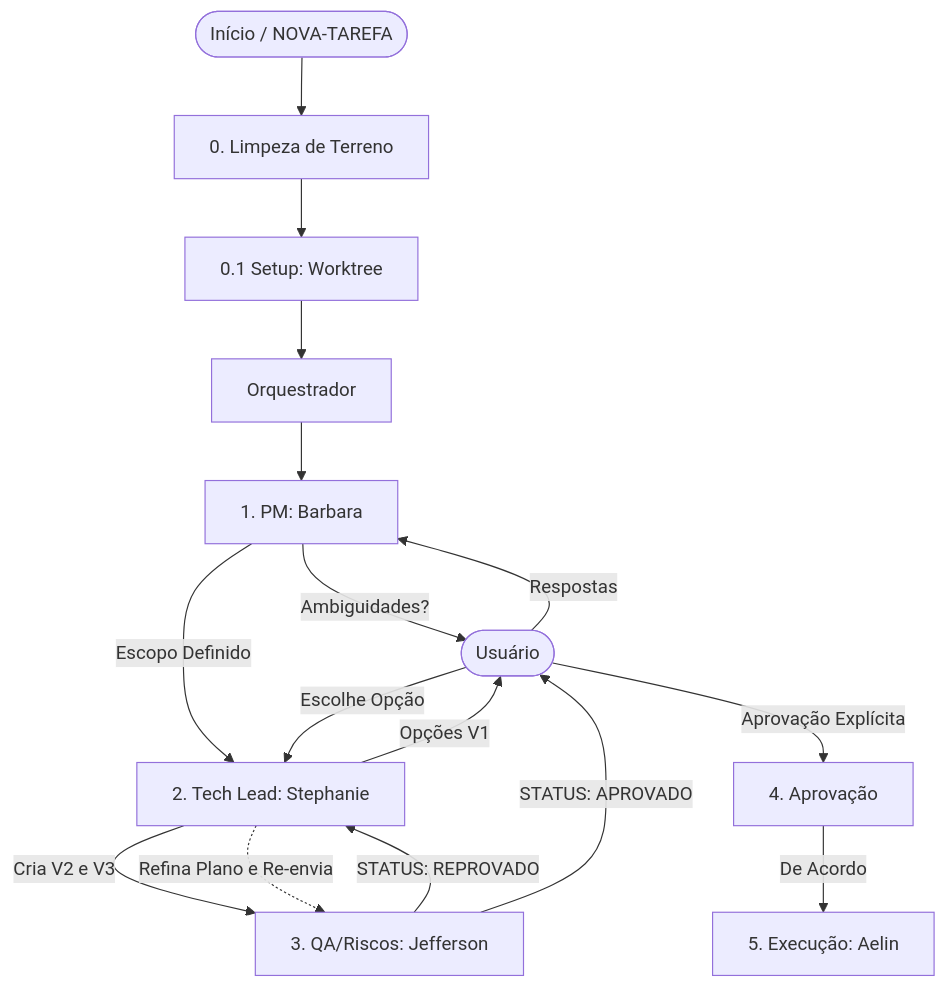
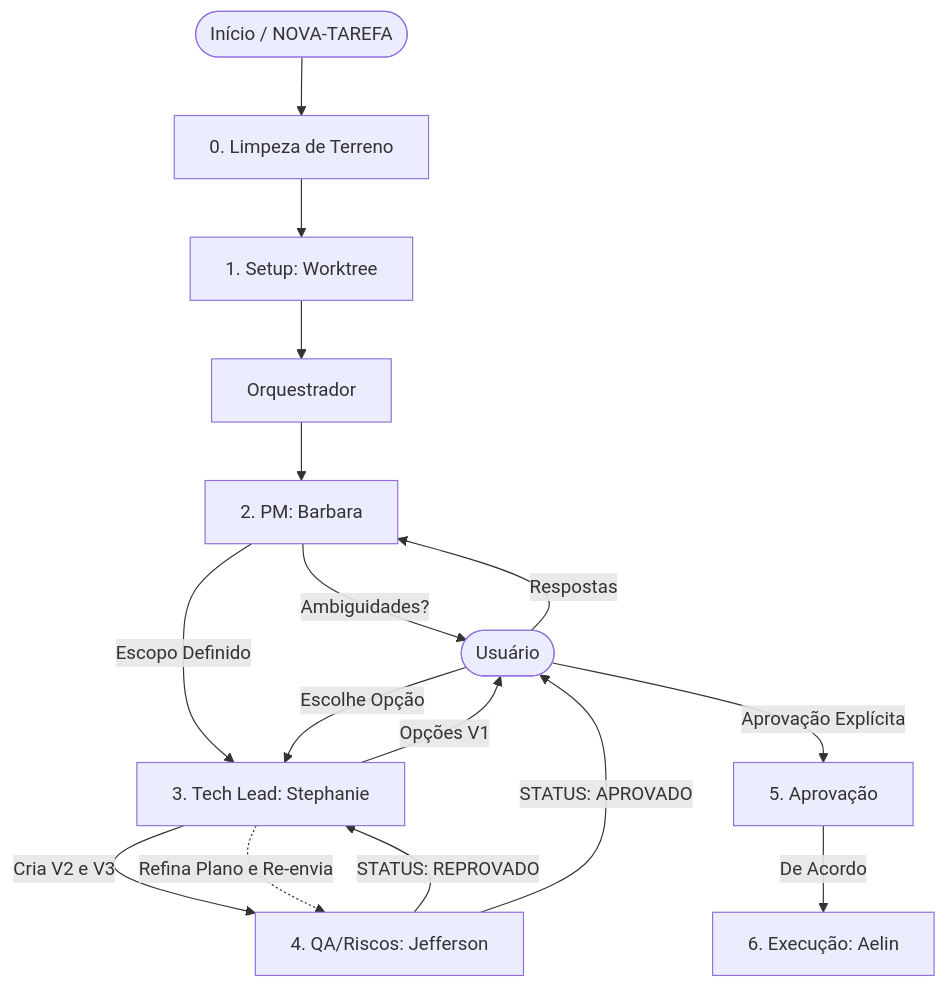
One commit to pipalabs/pi-code changed the diagram in skills/plan/SKILL.md. Above: the diagram before and after it, drawn with Mermaid. The commit also changed other lines of this file, not shown here.

Commit message:
docs(plan): renumera secoes apos fase 0 (setup vira 1, subsequentes 2-6)

````diff
--- a/skills/plan/SKILL.md
+++ b/skills/plan/SKILL.md
@@ -99,18 +99,18 @@
 ```mermaid
 graph TD
     Start([Início / NOVA-TAREFA]) --> Limpeza[0. Limpeza de Terreno]
-    Limpeza --> Setup[0.1 Setup: Worktree]
+    Limpeza --> Setup[1. Setup: Worktree]
     Setup --> Orquestrador[Orquestrador]
-    Orquestrador --> Barbara[1. PM: Barbara]
+    Orquestrador --> Barbara[2. PM: Barbara]
     Barbara -->|Ambiguidades?| User([Usuário])
     User -->|Respostas| Barbara
-    Barbara -->|Escopo Definido| Stephanie[2. Tech Lead: Stephanie]
+    Barbara -->|Escopo Definido| Stephanie[3. Tech Lead: Stephanie]
     Stephanie -->|Opções V1| User
     User -->|Escolhe Opção| Stephanie
-    Stephanie -->|Cria V2 e V3| Jefferson[3. QA/Riscos: Jefferson]
+    Stephanie -->|Cria V2 e V3| Jefferson[4. QA/Riscos: Jefferson]
     Jefferson -->|STATUS: REPROVADO| Stephanie
     Stephanie -.->|Refina Plano e Re-envia| Jefferson
     Jefferson -->|STATUS: APROVADO| User
-    User -->|Aprovação Explícita| Aelin[4. Aprovação]
-    Aelin -->|De Acordo| Exec[5. Execução: Aelin]
+    User -->|Aprovação Explícita| Aelin[5. Aprovação]
+    Aelin -->|De Acordo| Exec[6. Execução: Aelin]
 ```
````
